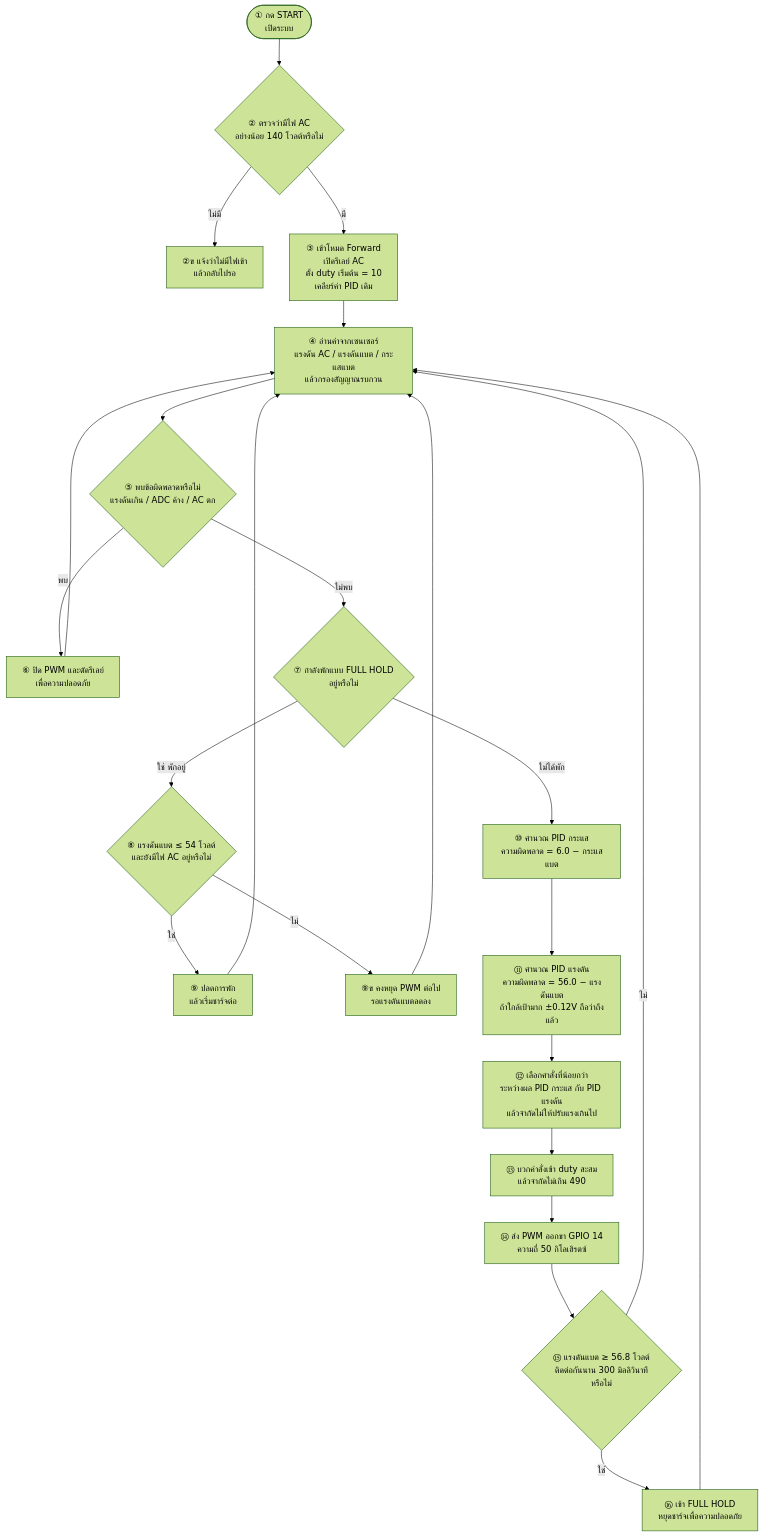
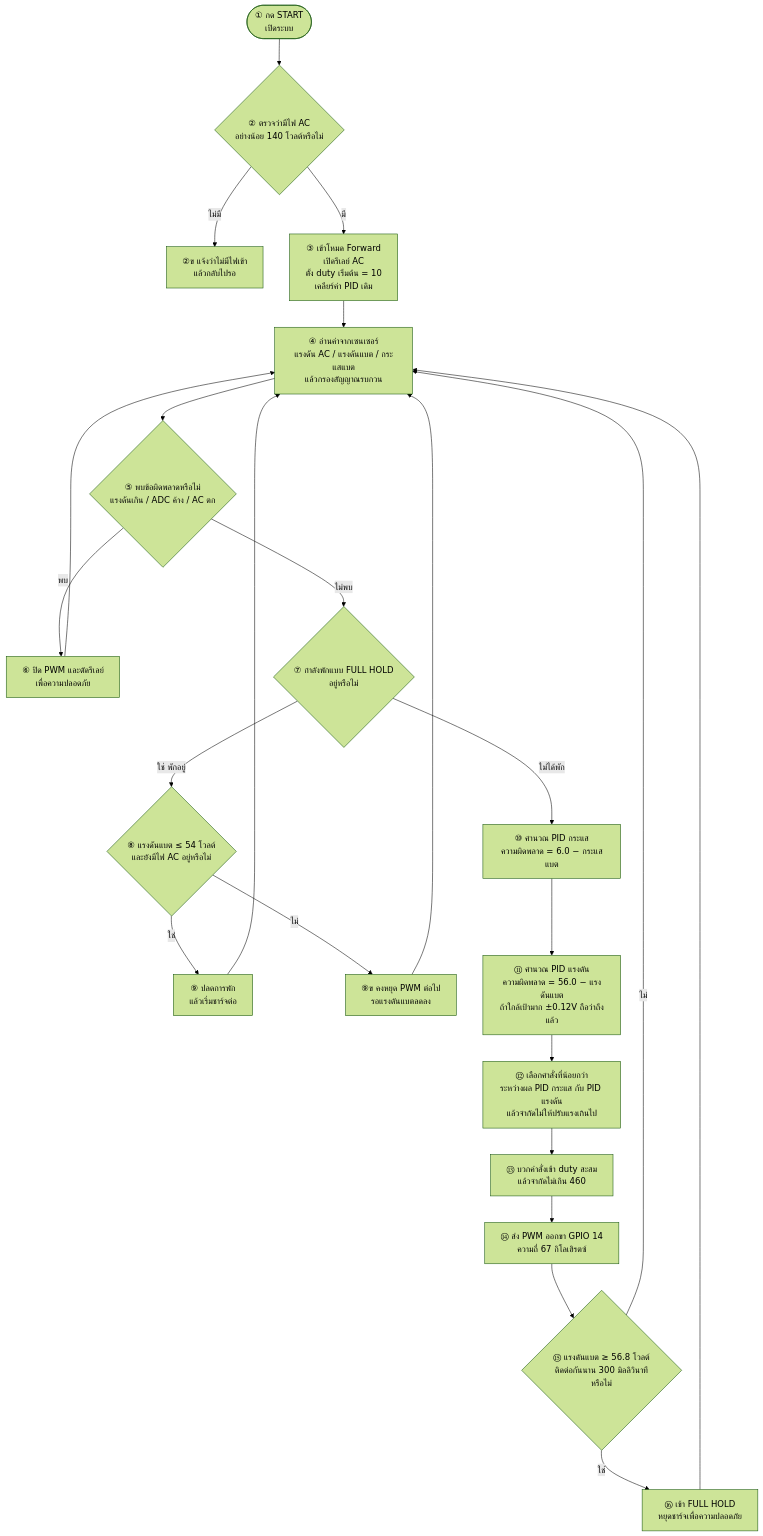
Before and after one commit to phoomipornker-code/code: the diagram in docs/flowchart-forward-only.mmd, drawn with Mermaid (forest theme). The commit also changed 10 other files, not shown here.

```diff
--- a/docs/flowchart-forward-only.mmd
+++ b/docs/flowchart-forward-only.mmd
@@ -1,19 +1,19 @@
 flowchart TD
     A(["① กด START<br/>เปิดระบบ"]) --> B{"② ตรวจว่ามีไฟ AC<br/>อย่างน้อย 140 โวลต์หรือไม่"}
     B -- ไม่มี --> Z["②ข แจ้งว่าไม่มีไฟเข้า<br/>แล้วกลับไปรอ"]
     B -- มี --> C["③ เข้าโหมด Forward<br/>เปิดรีเลย์ AC<br/>ตั้ง duty เริ่มต้น = 10<br/>เคลียร์ค่า PID เดิม"]
     C --> D["④ อ่านค่าจากเซนเซอร์<br/>แรงดัน AC / แรงดันแบต / กระแสแบต<br/>แล้วกรองสัญญาณรบกวน"]
     D --> E{"⑤ พบข้อผิดพลาดหรือไม่<br/>แรงดันเกิน / ADC ค้าง / AC ตก"}
     E -- พบ --> F["⑥ ปิด PWM และตัดรีเลย์<br/>เพื่อความปลอดภัย"] --> D
     E -- ไม่พบ --> G{"⑦ กำลังพักแบบ FULL HOLD<br/>อยู่หรือไม่"}
     G -- ใช่ พักอยู่ --> H{"⑧ แรงดันแบต ≤ 54 โวลต์<br/>และยังมีไฟ AC อยู่หรือไม่"}
     H -- ใช่ --> I["⑨ ปลดการพัก<br/>แล้วเริ่มชาร์จต่อ"] --> D
     H -- ไม่ --> J["⑨ข คงหยุด PWM ต่อไป<br/>รอแรงดันแบตลดลง"] --> D
     G -- ไม่ได้พัก --> K["⑩ คำนวณ PID กระแส<br/>ความผิดพลาด = 6.0 − กระแสแบต"]
     K --> L["⑪ คำนวณ PID แรงดัน<br/>ความผิดพลาด = 56.0 − แรงดันแบต<br/>ถ้าใกล้เป้ามาก ±0.12V ถือว่าถึงแล้ว"]
     L --> M["⑫ เลือกคำสั่งที่น้อยกว่า<br/>ระหว่างผล PID กระแส กับ PID แรงดัน<br/>แล้วจำกัดไม่ให้ปรับแรงเกินไป"]
-    M --> N["⑬ บวกคำสั่งเข้า duty สะสม<br/>แล้วจำกัดไม่เกิน 490"]
-    N --> O["⑭ ส่ง PWM ออกขา GPIO 14<br/>ความถี่ 50 กิโลเฮิรตซ์"]
+    M --> N["⑬ บวกคำสั่งเข้า duty สะสม<br/>แล้วจำกัดไม่เกิน 460"]
+    N --> O["⑭ ส่ง PWM ออกขา GPIO 14<br/>ความถี่ 67 กิโลเฮิรตซ์"]
     O --> P{"⑮ แรงดันแบต ≥ 56.8 โวลต์<br/>ติดต่อกันนาน 300 มิลลิวินาทีหรือไม่"}
     P -- ใช่ --> Q["⑯ เข้า FULL HOLD<br/>หยุดชาร์จเพื่อความปลอดภัย"] --> D
     P -- ไม่ --> D
```
